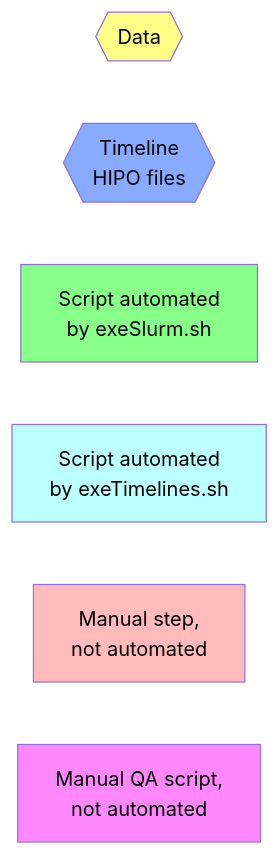
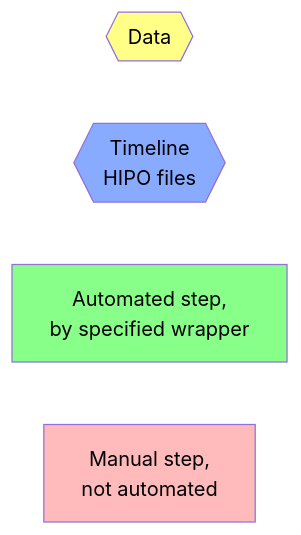
The first of 2 diagrams in qa-physics/docs/docDiagram.md (raffaelladevita/clas12-timeline), drawn with Mermaid before and after one commit. The commit also changed other lines of this file, not shown here.

Commit message:
doc: improve flowchart

````diff
--- a/qa-physics/docs/docDiagram.md
+++ b/qa-physics/docs/docDiagram.md
@@ -4,16 +4,12 @@
 ```mermaid
 flowchart LR
     data{{Data}}:::data
     timeline{{Timeline<br/>HIPO files}}:::timeline
-    exeSlurm[Script automated<br/>by exeSlurm.sh]:::exeSlurm
-    exeTimeline[Script automated<br/>by exeTimelines.sh]:::exeTimeline
+    auto[Automated step,<br/>by specified wrapper]:::auto
     manual[Manual step,<br/>not automated]:::manual
-    qaScript[Manual QA script,<br/>not automated]:::qaScript
 
     classDef data fill:#ff8,color:black
-    classDef exeSlurm fill:#8f8,color:black
-    classDef exeTimeline fill:#bff,color:black
+    classDef auto fill:#8f8,color:black
     classDef manual fill:#fbb,color:black
     classDef timeline fill:#8af,color:black
-    classDef qaScript fill:#f8f,color:black
 ```
````
